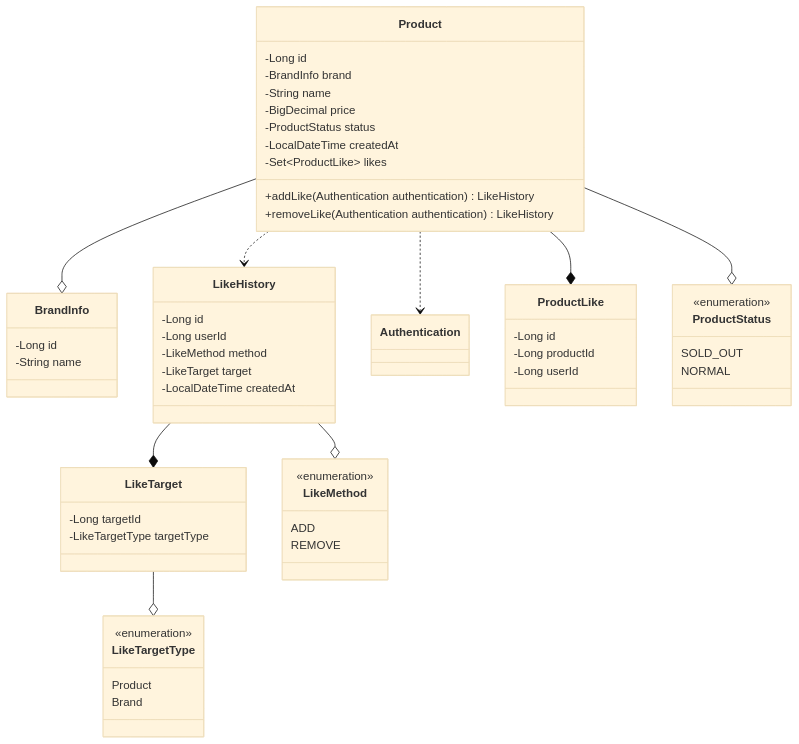
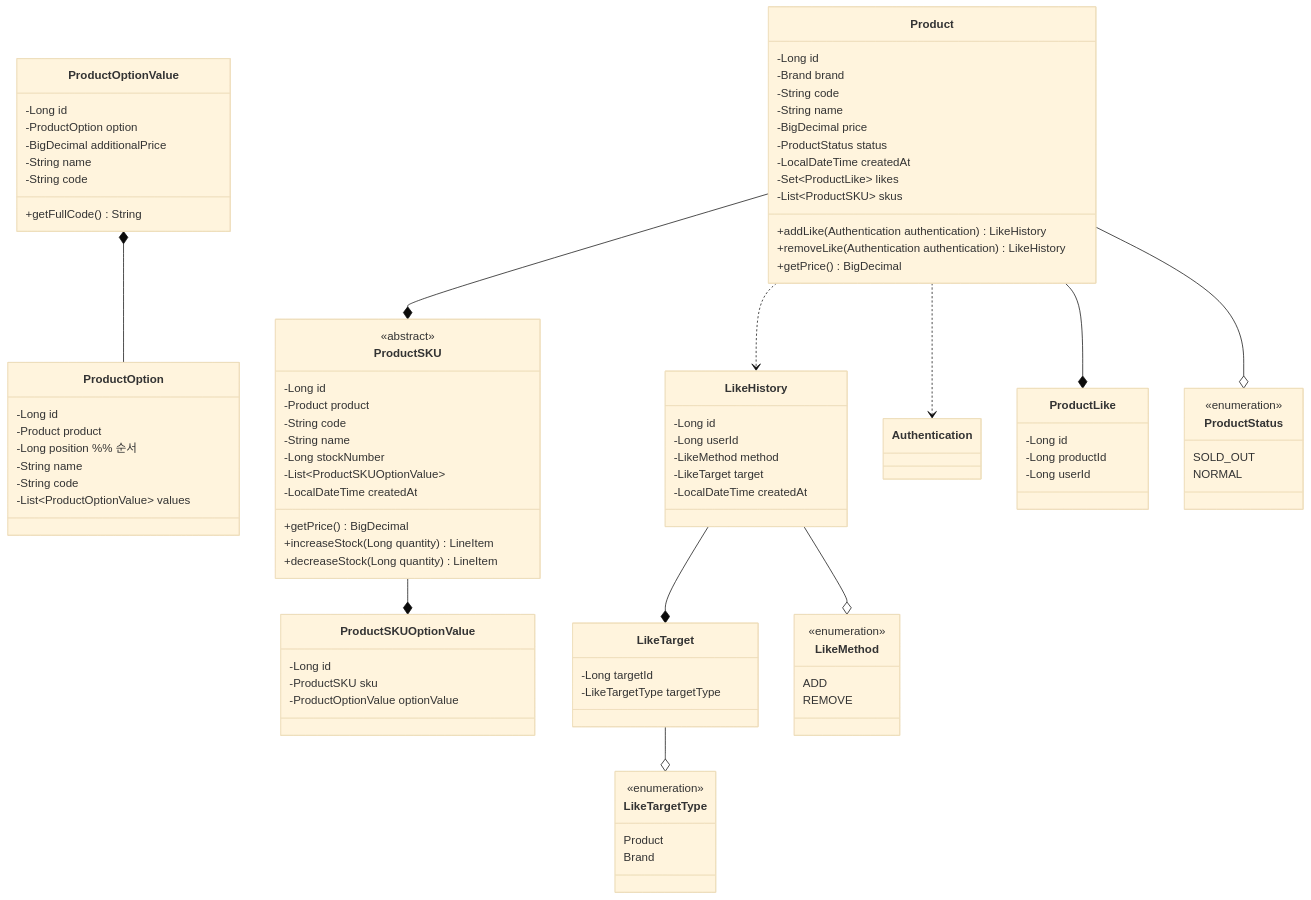
Before and after one commit to jsween5723/loopers-spring-kotlin-template: the fourth of 6 diagrams in docs/03-class-diagrams.md, drawn with Mermaid (base theme). The commit also changed other lines of this file, not shown here.

Commit message:
docs(sku): 클래스 다이어그램 추가

```diff
--- a/docs/03-class-diagrams.md
+++ b/docs/03-class-diagrams.md
@@ -70,20 +70,59 @@
 classDiagram
     class Product {
         -Long id
-        -BrandInfo brand
+        -Brand brand
+        -String code
         -String name
         -BigDecimal price
         -ProductStatus status
         -LocalDateTime createdAt
         -Set~ProductLike~ likes
+        -List~ProductSKU~ skus
         +addLike(Authentication authentication) LikeHistory
         +removeLike(Authentication authentication) LikeHistory
+        +getPrice() BigDecimal
     }
-    class BrandInfo {
+    Product --* ProductSKU
+    
+    class ProductSKU {
+        <<abstract>>
         -Long id
+        -Product product
+        -String code
         -String name
+        -Long stockNumber
+        -List~ProductSKUOptionValue~
+        -LocalDateTime createdAt
+        +getPrice() BigDecimal
+        +increaseStock(Long quantity) LineItem
+        +decreaseStock(Long quantity) LineItem
     }
-    Product --o BrandInfo
+
+    ProductSKU --* ProductSKUOptionValue
+    
+    class ProductSKUOptionValue {
+        -Long id
+        -ProductSKU sku
+        -ProductOptionValue optionValue
+    }
+    
+    class ProductOptionValue {
+        -Long id
+        -ProductOption option
+        -BigDecimal additionalPrice
+        -String name
+        -String code
+        +getFullCode() String
+    }
+    ProductOptionValue *-- ProductOption
+    class ProductOption {
+        -Long id
+        -Product product
+        -Long position %% 순서
+        -String name
+        -String code
+        -List~ProductOptionValue~ values
+    }
     Product ..> LikeHistory
     Product ..> Authentication
 
```
